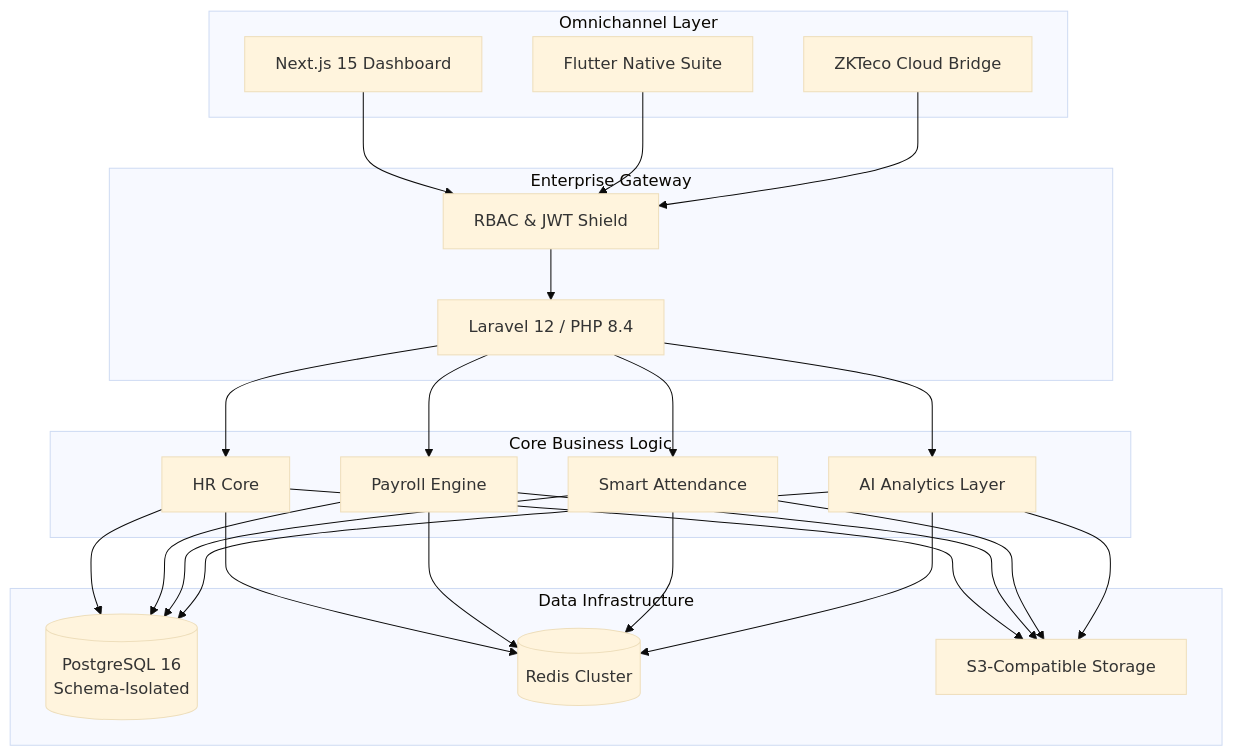
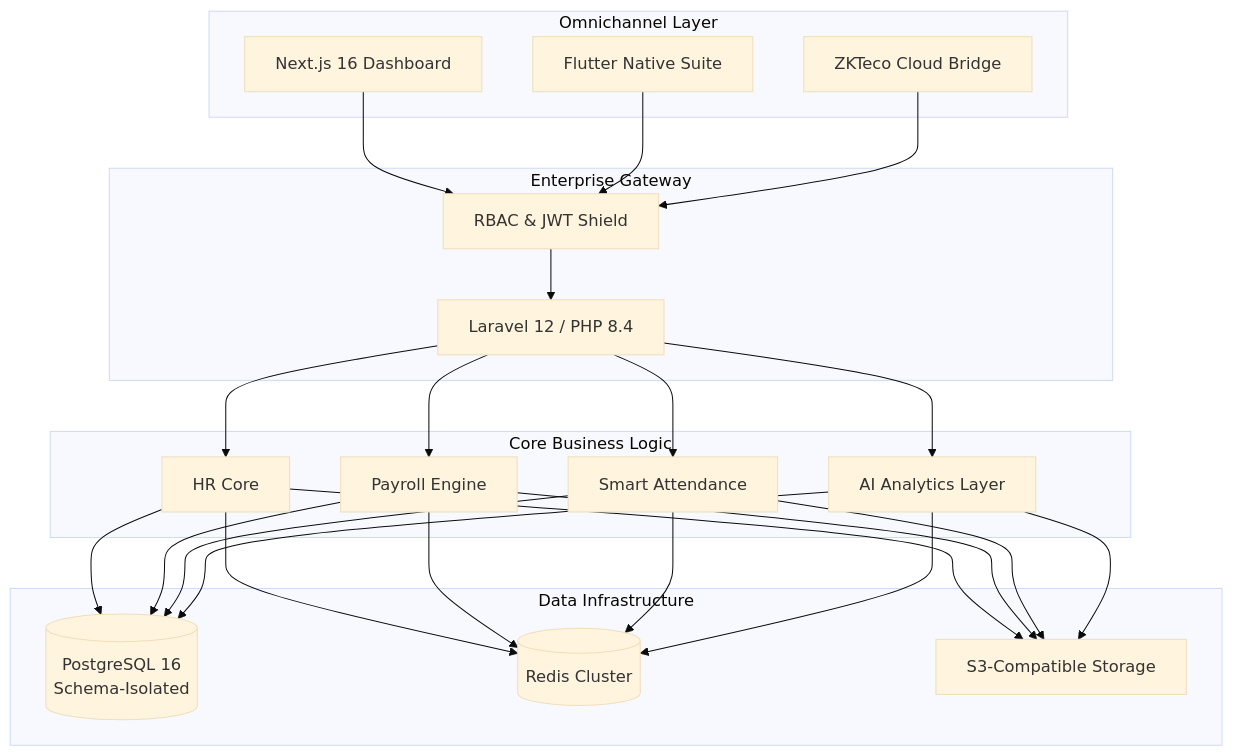
Before and after one commit to kitokoh/leopardo-hr: the diagram in README.md, drawn with Mermaid (base theme). The commit also changed other lines of this file and 7 other files, not shown here.

````diff
--- a/README.md
+++ b/README.md
@@ -60,31 +60,31 @@
 ```mermaid
 graph TB
     subgraph "Omnichannel Layer"
-        Web[Next.js 15 Dashboard]
+        Web[Next.js 16 Dashboard]
         Mobile[Flutter Native Suite]
         Kiosk[ZKTeco Cloud Bridge]
     end
 
     subgraph "Enterprise Gateway"
         API[Laravel 12 / PHP 8.4]
         Sec[RBAC & JWT Shield]
     end
 
     subgraph "Core Business Logic"
         HRM[HR Core]
         PAY[Payroll Engine]
         ATT[Smart Attendance]
         AI[AI Analytics Layer]
     end
 
     subgraph "Data Infrastructure"
         DB[(PostgreSQL 16\nSchema-Isolated)]
         Cache[(Redis Cluster)]
         Store[S3-Compatible Storage]
     end
 
     Web & Mobile & Kiosk --> Sec
     Sec --> API
     API --> HRM & PAY & ATT & AI
     HRM & PAY & ATT & AI --> DB & Cache & Store
 ```
````
